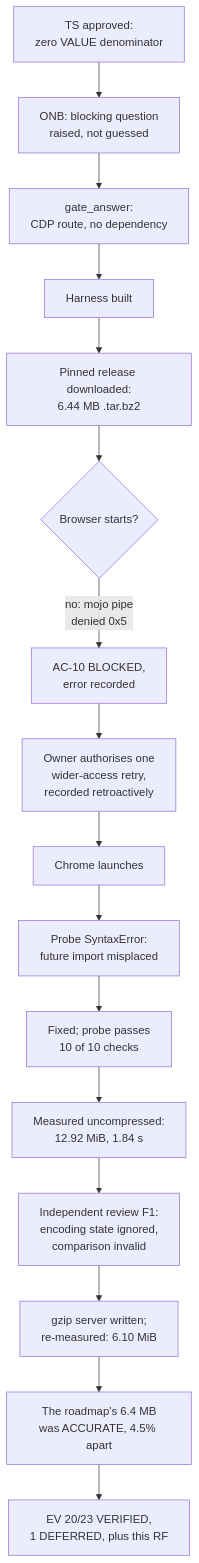
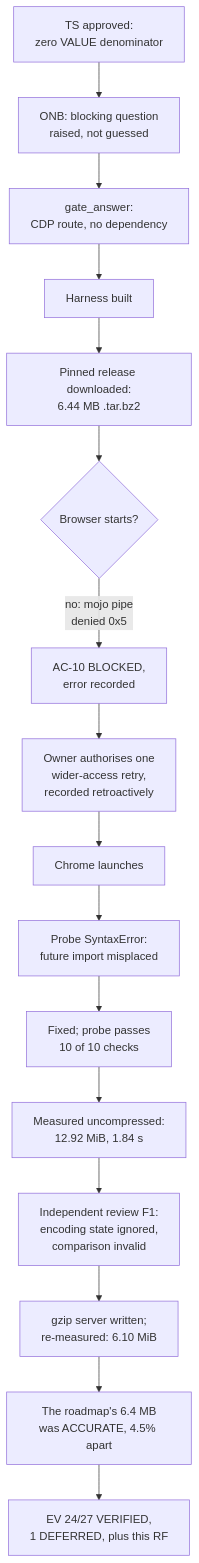
Before and after one commit to Kazahtelecom/WEBOOP: the diagram in workspace/2026/OOP_20261007-230107_TFS/RF__OOP_20261007-230107_TFS.md, drawn with Mermaid. The commit also changed other lines of this file and 4 other files, not shown here.

````diff
--- a/workspace/2026/OOP_20261007-230107_TFS/RF__OOP_20261007-230107_TFS.md
+++ b/workspace/2026/OOP_20261007-230107_TFS/RF__OOP_20261007-230107_TFS.md
@@ -198,18 +201,18 @@
 ```mermaid
 flowchart TD
   A["TS approved:<br/>zero VALUE denominator"] --> B["ONB: blocking question<br/>raised, not guessed"]
   B --> C["gate_answer:<br/>CDP route, no dependency"]
   C --> D["Harness built"]
   D --> E["Pinned release downloaded:<br/>6.44 MB .tar.bz2"]
   E --> F{"Browser starts?"}
   F -->|"no: mojo pipe<br/>denied 0x5"| G["AC-10 BLOCKED,<br/>error recorded"]
   G --> H["Owner authorises one<br/>wider-access retry,<br/>recorded retroactively"]
   H --> I["Chrome launches"]
   I --> J["Probe SyntaxError:<br/>future import misplaced"]
   J --> K["Fixed; probe passes<br/>10 of 10 checks"]
   K --> L["Measured uncompressed:<br/>12.92 MiB, 1.84 s"]
   L --> M["Independent review F1:<br/>encoding state ignored,<br/>comparison invalid"]
   M --> N["gzip server written;<br/>re-measured: 6.10 MiB"]
   N --> O["The roadmap's 6.4 MB<br/>was ACCURATE, 4.5% apart"]
-  O --> P["EV 20/23 VERIFIED,<br/>1 DEFERRED, plus this RF"]
+  O --> P["EV 24/27 VERIFIED,<br/>1 DEFERRED, plus this RF"]
 ```
````
